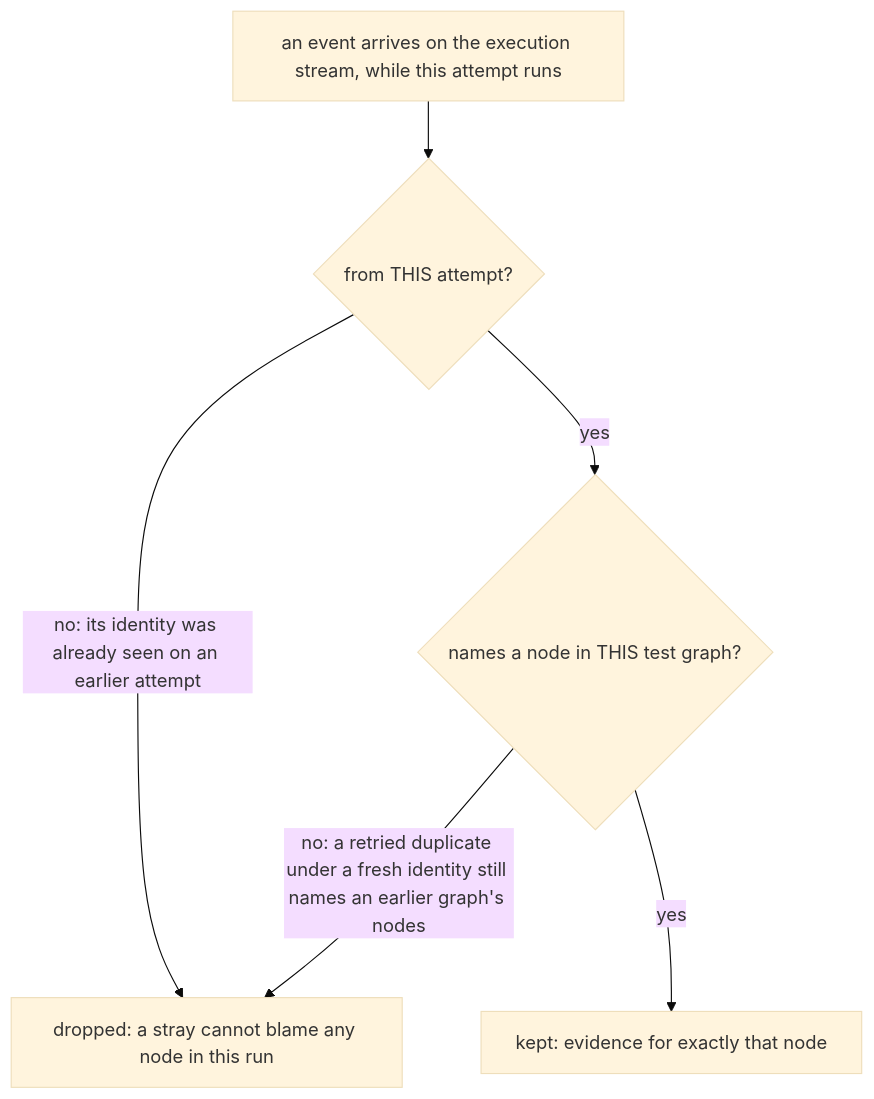
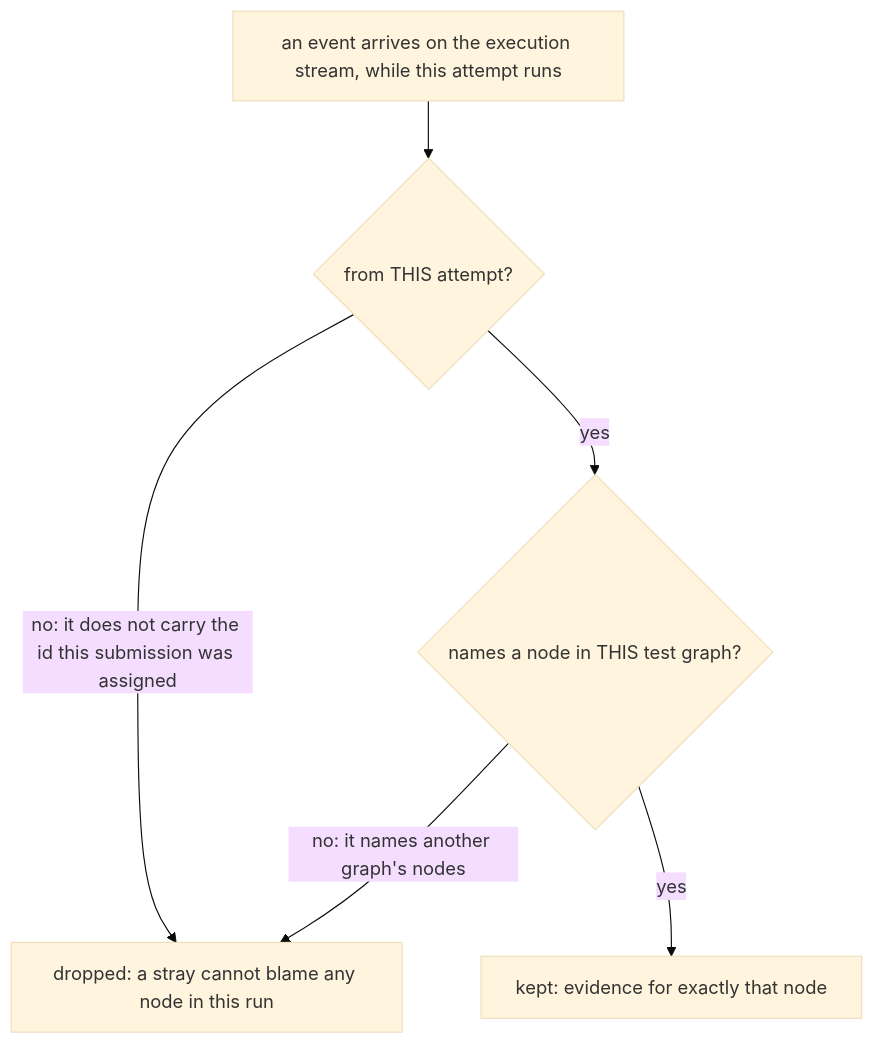
Before and after one commit to Comfy-Org/ComfyUI_frontend: the seventh of 9 diagrams in browser_tests/tests/customNodes/ARCHITECTURE.md, drawn with Mermaid (base theme). The commit also changed other lines of this file and 10 other files, not shown here.

````diff
--- a/browser_tests/tests/customNodes/ARCHITECTURE.md
+++ b/browser_tests/tests/customNodes/ARCHITECTURE.md
@@ -347,10 +362,10 @@
 ```mermaid
 %%{init: {"flowchart": {"wrappingWidth": 280}}}%%
 flowchart TD
     EV["an event arrives on the execution stream, while this attempt runs"]
     EV --> Q1{"from THIS attempt?"}
-    Q1 -->|"no: its identity was already seen on an earlier attempt"| DROP["dropped: a stray cannot blame any node in this run"]
+    Q1 -->|"no: it does not carry the id this submission was assigned"| DROP["dropped: a stray cannot blame any node in this run"]
     Q1 -->|"yes"| Q2{"names a node in THIS test graph?"}
-    Q2 -->|"no: a retried duplicate under a fresh identity still names an earlier graph's nodes"| DROP
+    Q2 -->|"no: it names another graph's nodes"| DROP
     Q2 -->|"yes"| KEEP["kept: evidence for exactly that node"]
 ```
````
